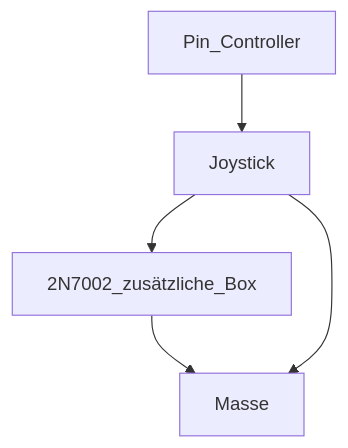
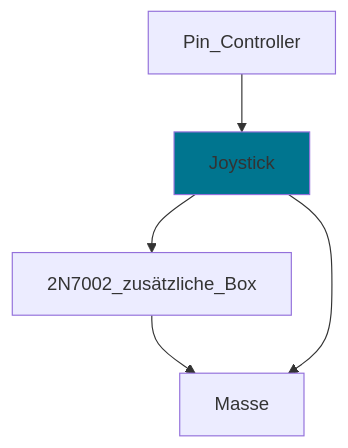
Before and after one commit to al3c00/Samro_Bedienbox: the diagram in README.md, drawn with Mermaid.

````diff
--- a/README.md
+++ b/README.md
@@ -15,7 +15,9 @@
 ```mermaid
   graph TD;
   Pin_Controller-->Joystick;
   Joystick-->2N7002_zusätzliche_Box
   2N7002_zusätzliche_Box-->Masse;
   Joystick-->Masse;
+
+style Joystick fill:#00758f
 ```
````
